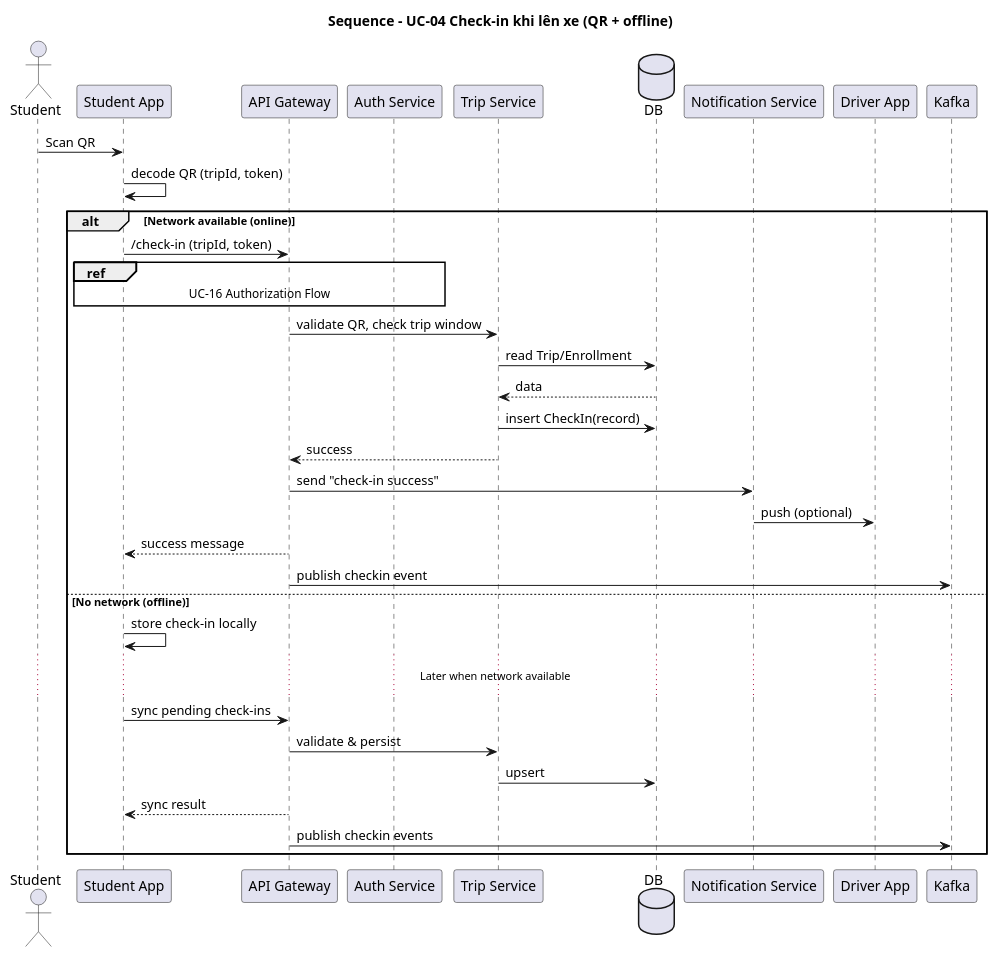
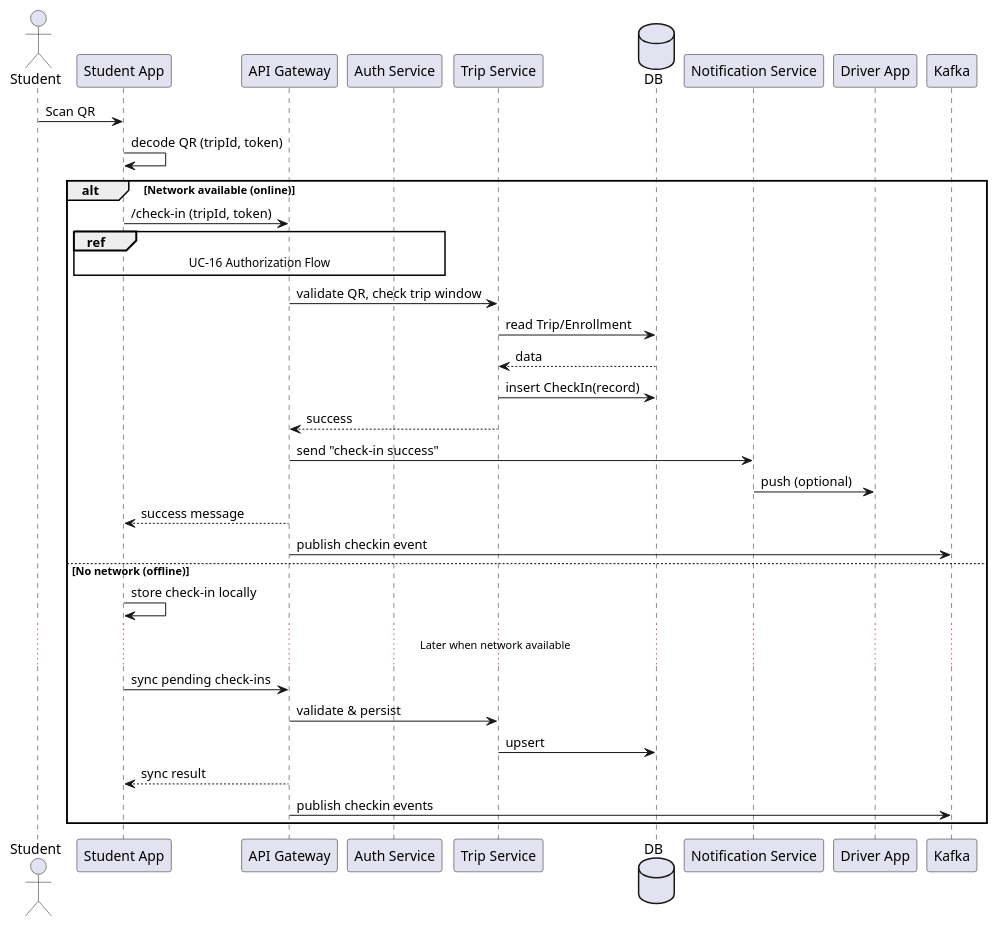
The diagram in docs/uml/sequence/sequence_uc04_checkin.puml (phuongbv00/hust-bus-stop), drawn with PlantUML before and after one commit. The commit also changed 25 other files, not shown here.

Commit message:
docs: update diagrams

```diff
--- a/docs/uml/sequence/sequence_uc04_checkin.puml
+++ b/docs/uml/sequence/sequence_uc04_checkin.puml
@@ -1,38 +1,37 @@
 @startuml
-title Sequence - UC-04 Check-in khi lên xe (QR + offline)
 actor "Student" as Student
 participant "Student App" as StudentApp
 participant "API Gateway" as API
 participant "Auth Service" as Auth
 participant "Trip Service" as TripSvc
 database "DB" as DB
 participant "Notification Service" as Notif
 participant "Driver App" as DriverApp
 participant "Kafka" as Kafka
 
 Student -> StudentApp : Scan QR
 StudentApp -> StudentApp: decode QR (tripId, token)
 alt Network available (online)
   StudentApp -> API : /check-in (tripId, token)
   ref over StudentApp, API, Auth
     UC-16 Authorization Flow
   end ref
   API -> TripSvc : validate QR, check trip window
   TripSvc -> DB : read Trip/Enrollment
   DB --> TripSvc : data
   TripSvc -> DB : insert CheckIn(record)
   TripSvc --> API : success
   API -> Notif : send "check-in success"
   Notif -> DriverApp : push (optional)
   API --> StudentApp : success message
   API -> Kafka : publish checkin event
 else No network (offline)
   StudentApp -> StudentApp : store check-in locally
   ... Later when network available ...
   StudentApp -> API : sync pending check-ins
   API -> TripSvc : validate & persist
   TripSvc -> DB : upsert
   API --> StudentApp : sync result
   API -> Kafka : publish checkin events
 end
 @enduml
```
